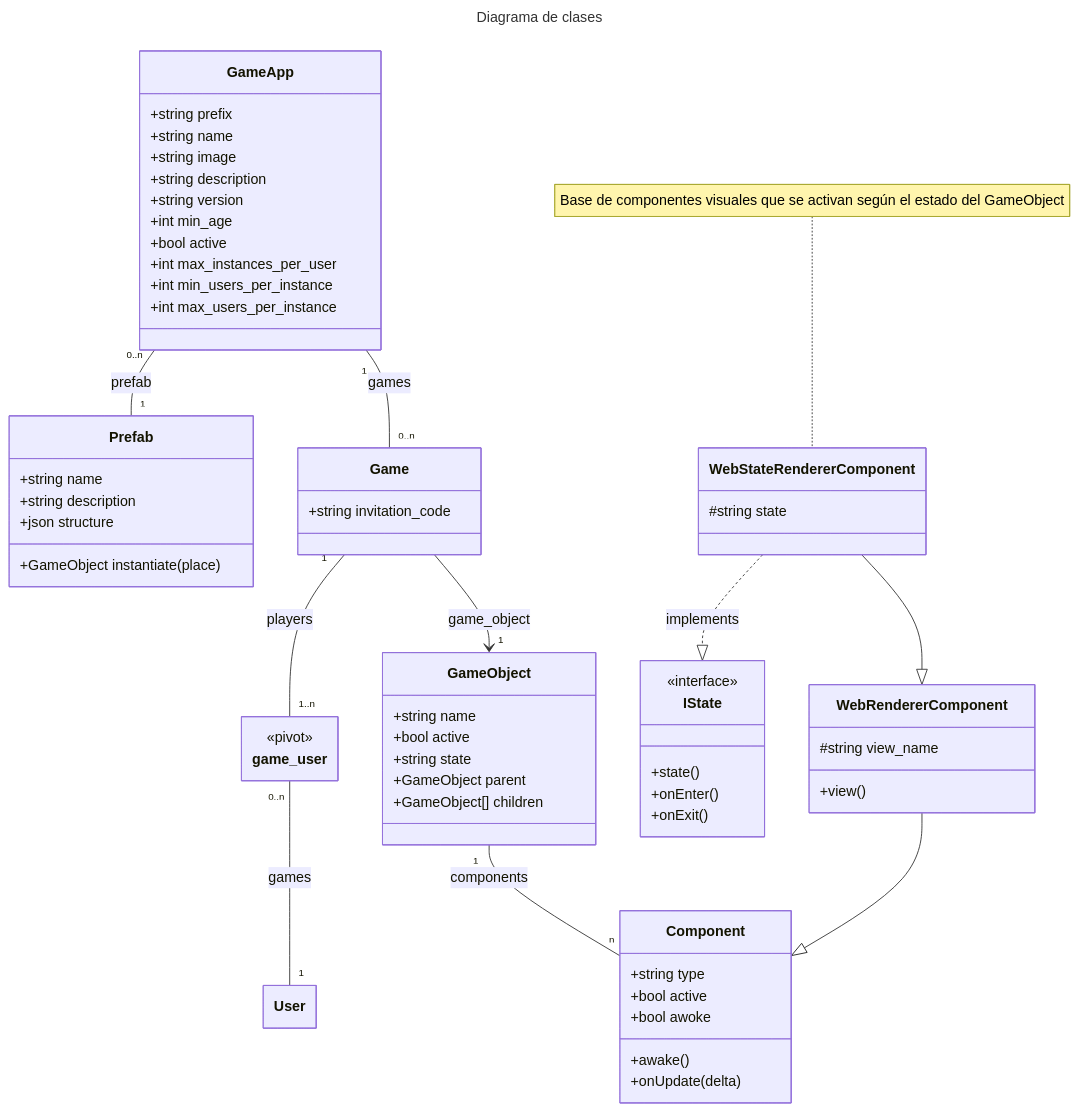
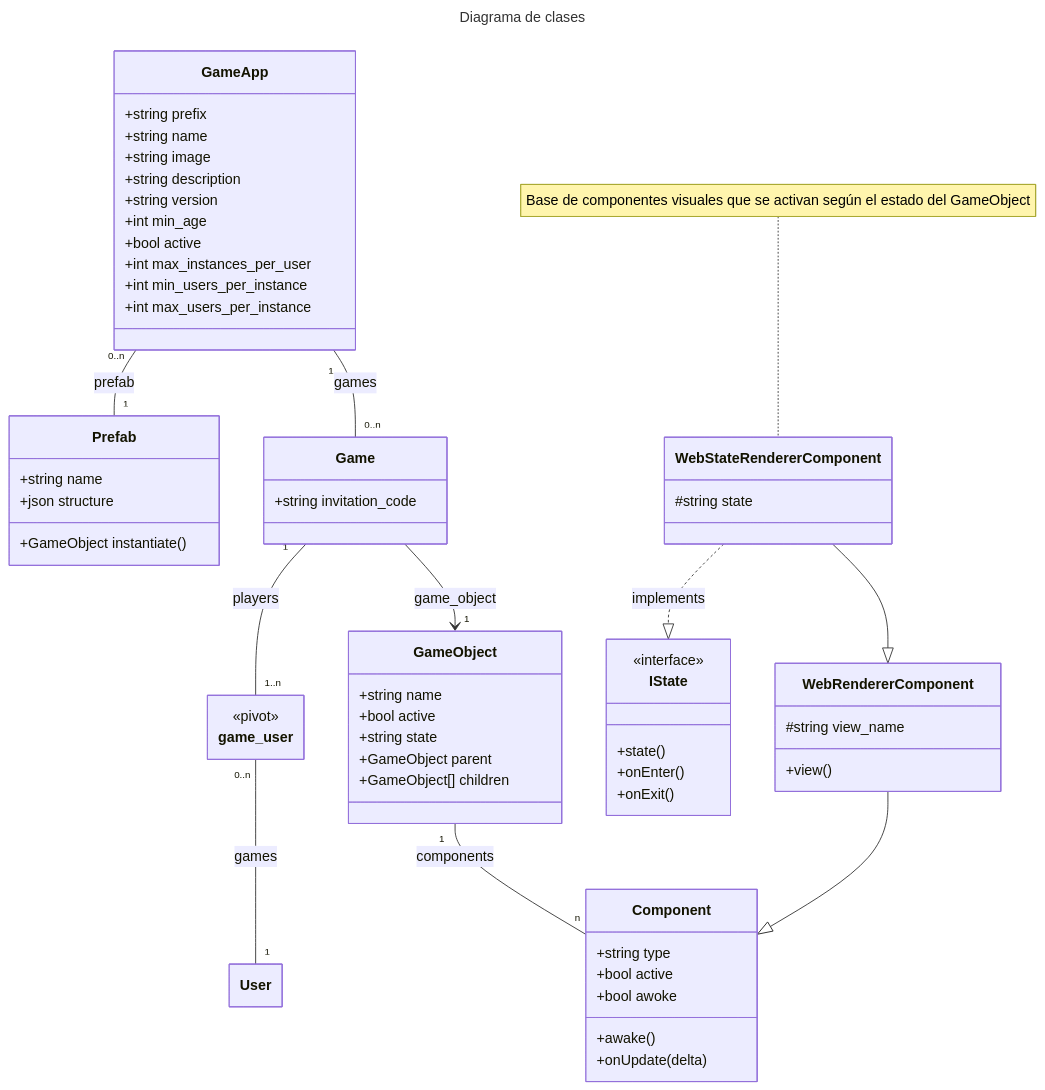
The first of 2 diagrams in docs/class_diagrams.md (eormeno/base-project), drawn with Mermaid before and after one commit. The commit also changed other lines of this file and 6 other files, not shown here.

````diff
--- a/docs/class_diagrams.md
+++ b/docs/class_diagrams.md
@@ -1,73 +1,72 @@
 ```mermaid
 ---
 title: Diagrama de clases
 config:
     class:
         hideEmptyMembersBox: true
 ---
 classDiagram
     direction TD
     note for WebStateRendererComponent "Base de componentes visuales que se activan según el estado del GameObject"
     class User {
     }
     class GameApp {
         +string prefix
         +string name
         +string image
         +string description
         +string version
         +int min_age
         +bool active
         +int max_instances_per_user
         +int min_users_per_instance
         +int max_users_per_instance
     }
     class Game {
         +string invitation_code
     }
     class game_user {
         <<pivot>>
     }
     class Prefab {
         +string name
-        +string description
         +json structure
-        +GameObject instantiate(place)
+        +GameObject instantiate()
     }
     class GameObject {
         +string name
         +bool active
         +string state
         +GameObject parent
         +GameObject[] children
     }
     class Component {
         +string type
         +bool active
         +bool awoke
         +awake()
         +onUpdate(delta)
     }
     class WebRendererComponent {
         #string view_name
         +view()
     }
     class WebStateRendererComponent {
         #string state
     }
     class IState {
         <<interface>>
         +state()
         +onEnter()
         +onExit()
     }
     Game --> "1" GameObject : game_object
     GameObject "1" -- "n" Component : components
     GameApp "1" -- "0..n" Game : games
     Game "1" -- "1..n" game_user : players
     GameApp "0..n" -- "1" Prefab : prefab
     game_user "0..n" -- "1" User : games
     WebRendererComponent --|> Component
     WebStateRendererComponent --|> WebRendererComponent
     WebStateRendererComponent ..|> IState : implements
 ```
````
